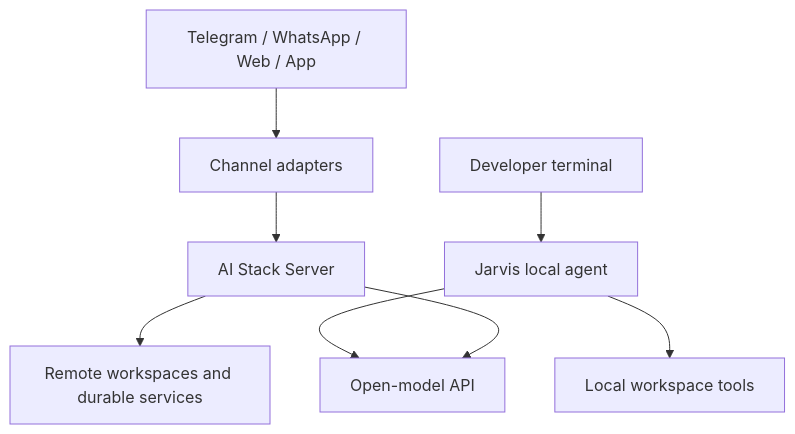
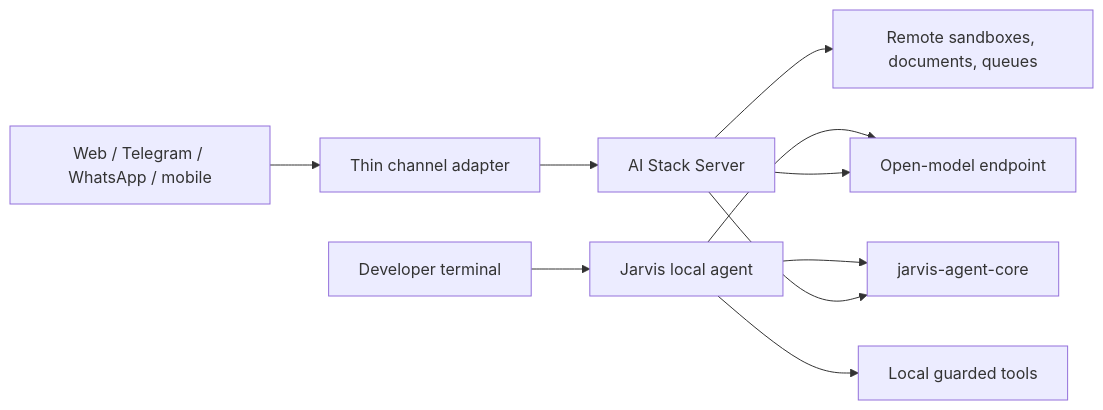
One commit to abdullahalrifat/ai-stack changed the diagram in docs/product-architecture.md. Above: the diagram before and after it, drawn with Mermaid. The commit also changed other lines of this file, not shown here.

Commit message:
docs: update split-repository channel architecture

````diff
--- a/docs/product-architecture.md
+++ b/docs/product-architecture.md
@@ -8,10 +5,12 @@
 ```mermaid
-flowchart TD
-    U["Developer terminal"] --> J["Jarvis local agent"]
-    J --> W["Local workspace tools"]
-    J --> M["Open-model API"]
-    C["Telegram / WhatsApp / Web / App"] --> G["Channel adapters"]
-    G --> S["AI Stack Server"]
-    S --> R["Remote workspaces and durable services"]
-    S --> M
+flowchart LR
+  D[Developer terminal] --> J[Jarvis local agent]
+  J --> LT[Local guarded tools]
+  J --> M[Open-model endpoint]
+  C[Web / Telegram / WhatsApp / mobile] --> A[Thin channel adapter]
+  A --> S[AI Stack Server]
+  S --> RT[Remote sandboxes, documents, queues]
+  S --> M
+  J --> K[jarvis-agent-core]
+  S --> K
 ```
````
